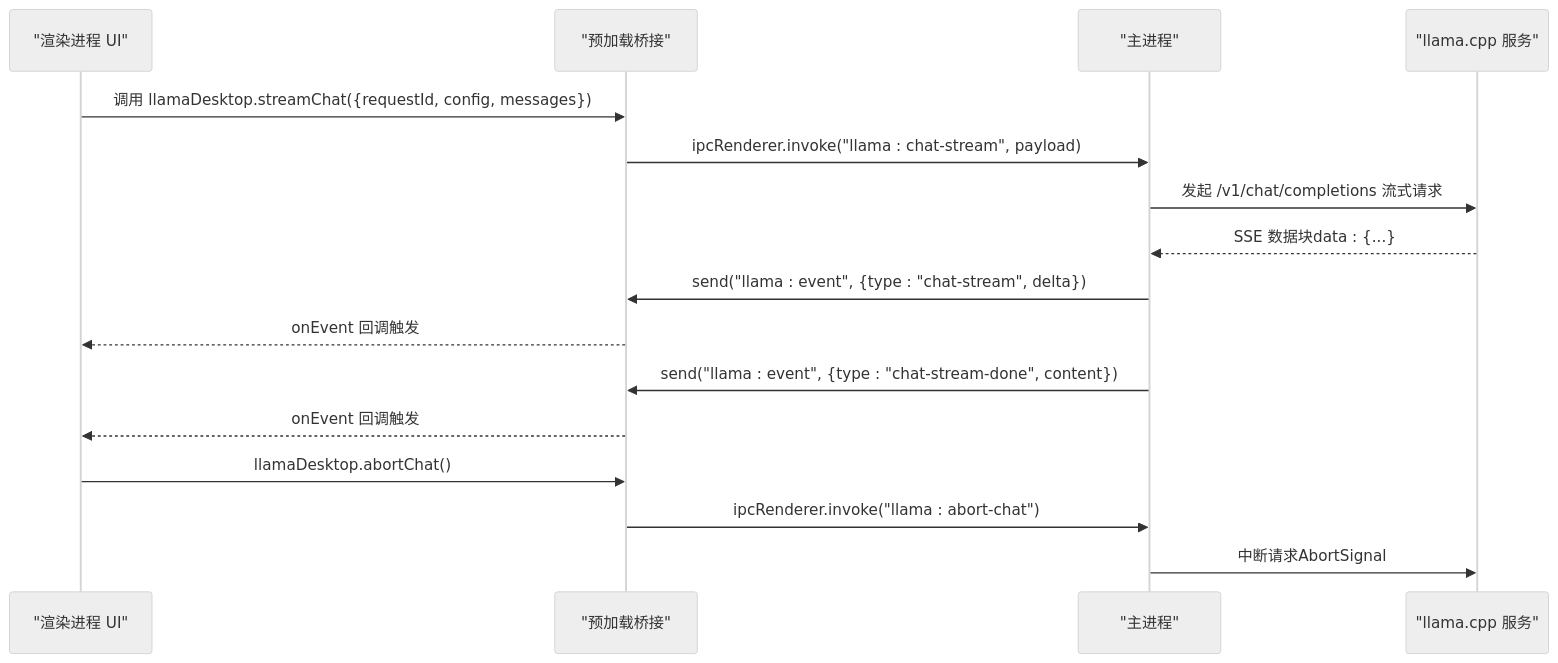
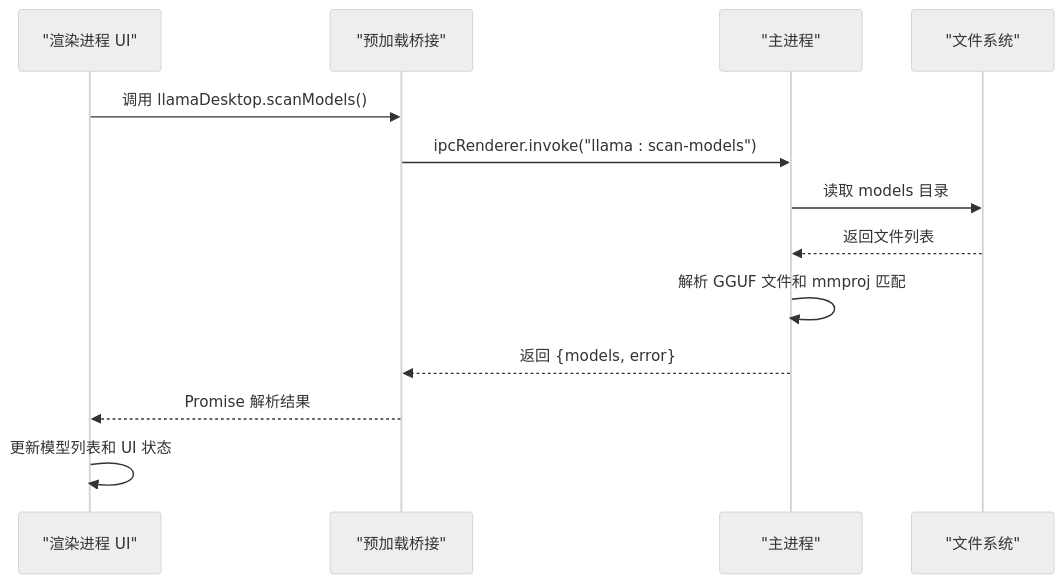
The second of 5 diagrams in .qoder/repowiki/zh/content/IPC 通信机制.md (linkin770/illama-cpp-desktop), drawn with Mermaid (neutral theme) before and after one commit. The commit also changed other lines of this file and 23 other files, not shown here.

````diff
--- a/.qoder/repowiki/zh/content/IPC 通信机制.md
+++ b/.qoder/repowiki/zh/content/IPC 通信机制.md
@@ -94,18 +103,15 @@
 ```mermaid
 sequenceDiagram
 participant UI as "渲染进程 UI"
 participant Bridge as "预加载桥接"
 participant Main as "主进程"
-participant Srv as "llama.cpp 服务"
-UI->>Bridge : 调用 llamaDesktop.streamChat({requestId, config, messages})
-Bridge->>Main : ipcRenderer.invoke("llama : chat-stream", payload)
-Main->>Srv : 发起 /v1/chat/completions 流式请求
-Srv-->>Main : SSE 数据块data : {...}
-Main->>Bridge : send("llama : event", {type : "chat-stream", delta})
-Bridge-->>UI : onEvent 回调触发
-Main->>Bridge : send("llama : event", {type : "chat-stream-done", content})
-Bridge-->>UI : onEvent 回调触发
-UI->>Bridge : llamaDesktop.abortChat()
-Bridge->>Main : ipcRenderer.invoke("llama : abort-chat")
-Main->>Srv : 中断请求AbortSignal
+participant FS as "文件系统"
+UI->>Bridge : 调用 llamaDesktop.scanModels()
+Bridge->>Main : ipcRenderer.invoke("llama : scan-models")
+Main->>FS : 读取 models 目录
+FS-->>Main : 返回文件列表
+Main->>Main : 解析 GGUF 文件和 mmproj 匹配
+Main-->>Bridge : 返回 {models, error}
+Bridge-->>UI : Promise 解析结果
+UI->>UI : 更新模型列表和 UI 状态
 ```
````
